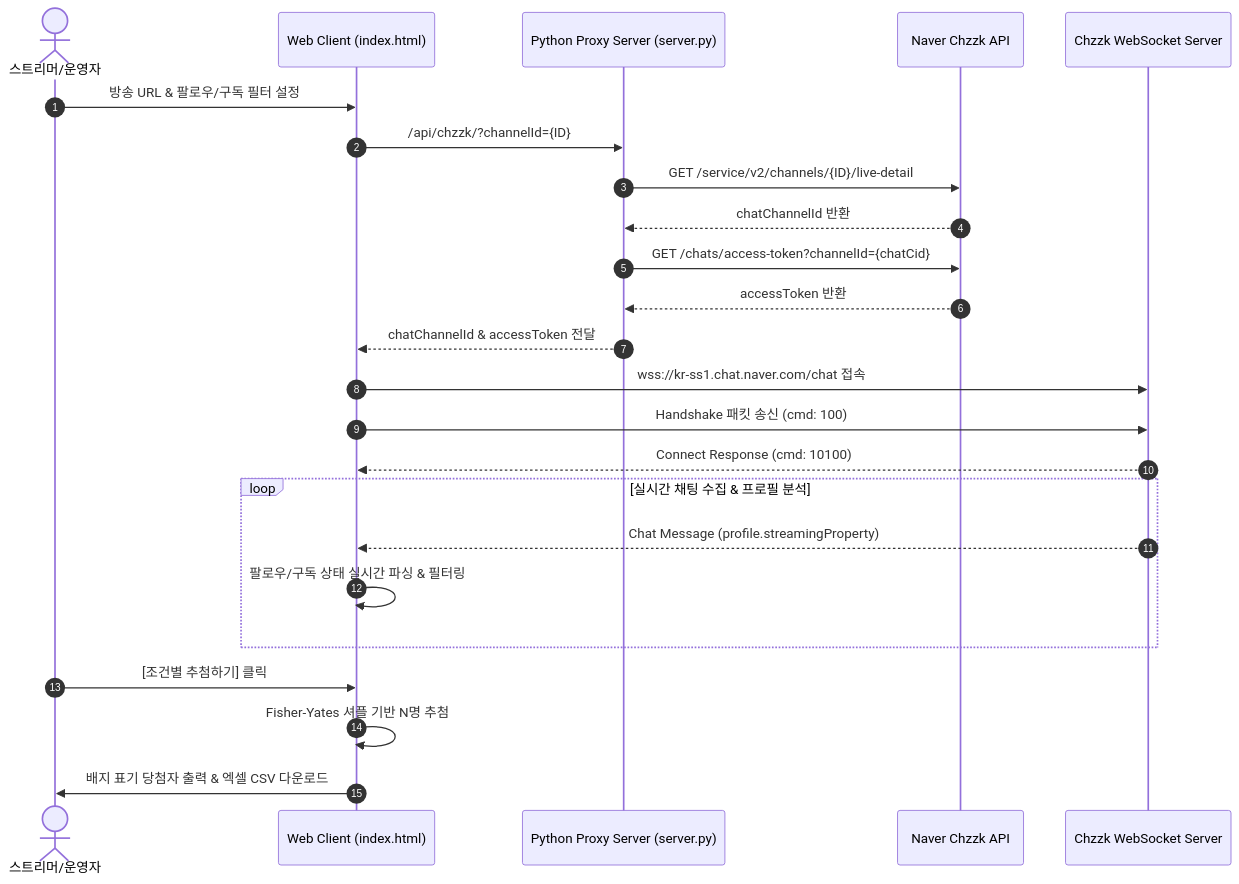
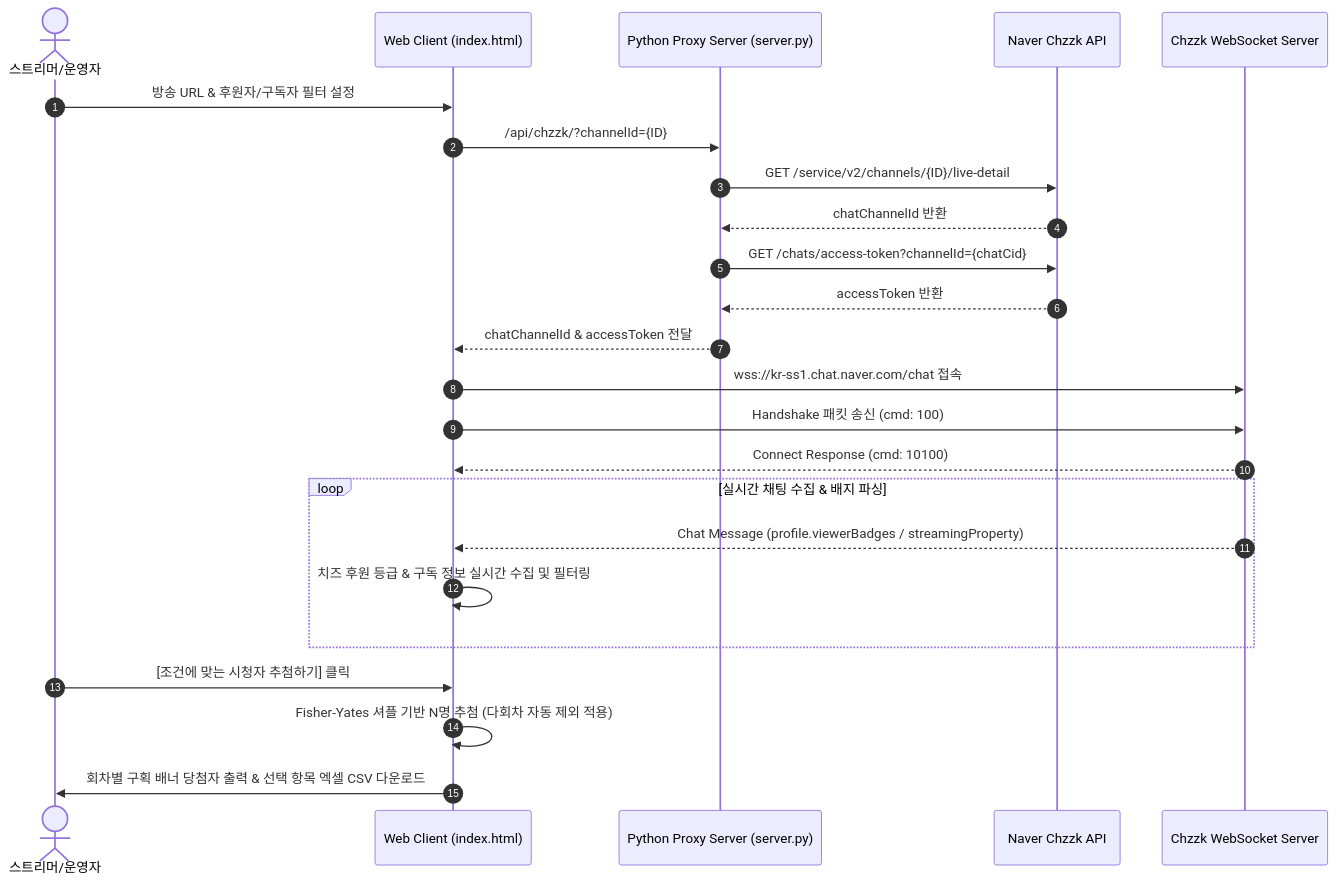
The diagram in README.md (ManofKimchi08/chzzk-raffle-app), drawn with Mermaid before and after one commit. The commit also changed other lines of this file, not shown here.

````diff
--- a/README.md
+++ b/README.md
@@ -31,27 +41,27 @@
 ```mermaid
 sequenceDiagram
     autonumber
     actor Streamer as 스트리머/운영자
     participant WebApp as Web Client (index.html)
     participant Server as Python Proxy Server (server.py)
     participant ChzzkAPI as Naver Chzzk API
     participant ChzzkWS as Chzzk WebSocket Server
 
-    Streamer->>WebApp: 방송 URL & 팔로우/구독 필터 설정
+    Streamer->>WebApp: 방송 URL & 후원자/구독자 필터 설정
     WebApp->>Server: /api/chzzk/?channelId={ID}
     Server->>ChzzkAPI: GET /service/v2/channels/{ID}/live-detail
     ChzzkAPI-->>Server: chatChannelId 반환
     Server->>ChzzkAPI: GET /chats/access-token?channelId={chatCid}
     ChzzkAPI-->>Server: accessToken 반환
     Server-->>WebApp: chatChannelId & accessToken 전달
     WebApp->>ChzzkWS: wss://kr-ss1.chat.naver.com/chat 접속
     WebApp->>ChzzkWS: Handshake 패킷 송신 (cmd: 100)
     ChzzkWS-->>WebApp: Connect Response (cmd: 10100)
-    loop 실시간 채팅 수집 & 프로필 분석
-        ChzzkWS-->>WebApp: Chat Message (profile.streamingProperty)
-        WebApp->>WebApp: 팔로우/구독 상태 실시간 파싱 & 필터링
+    loop 실시간 채팅 수집 & 배지 파싱
+        ChzzkWS-->>WebApp: Chat Message (profile.viewerBadges / streamingProperty)
+        WebApp->>WebApp: 치즈 후원 등급 & 구독 정보 실시간 수집 및 필터링
     end
-    Streamer->>WebApp: [조건별 추첨하기] 클릭
-    WebApp->>WebApp: Fisher-Yates 셔플 기반 N명 추첨
-    WebApp->>Streamer: 배지 표기 당첨자 출력 & 엑셀 CSV 다운로드
+    Streamer->>WebApp: [조건에 맞는 시청자 추첨하기] 클릭
+    WebApp->>WebApp: Fisher-Yates 셔플 기반 N명 추첨 (다회차 자동 제외 적용)
+    WebApp->>Streamer: 회차별 구획 배너 당첨자 출력 & 선택 항목 엑셀 CSV 다운로드
 ```
````
